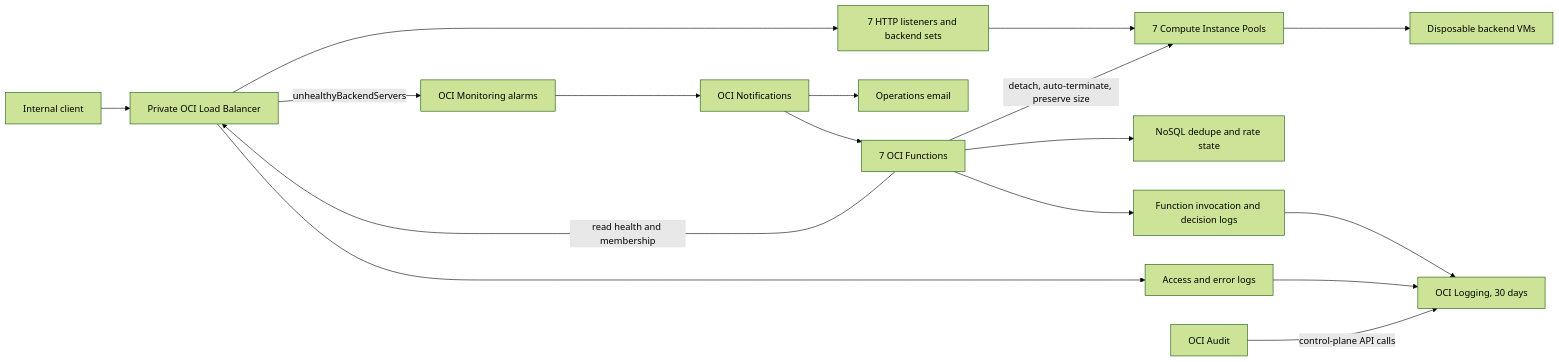
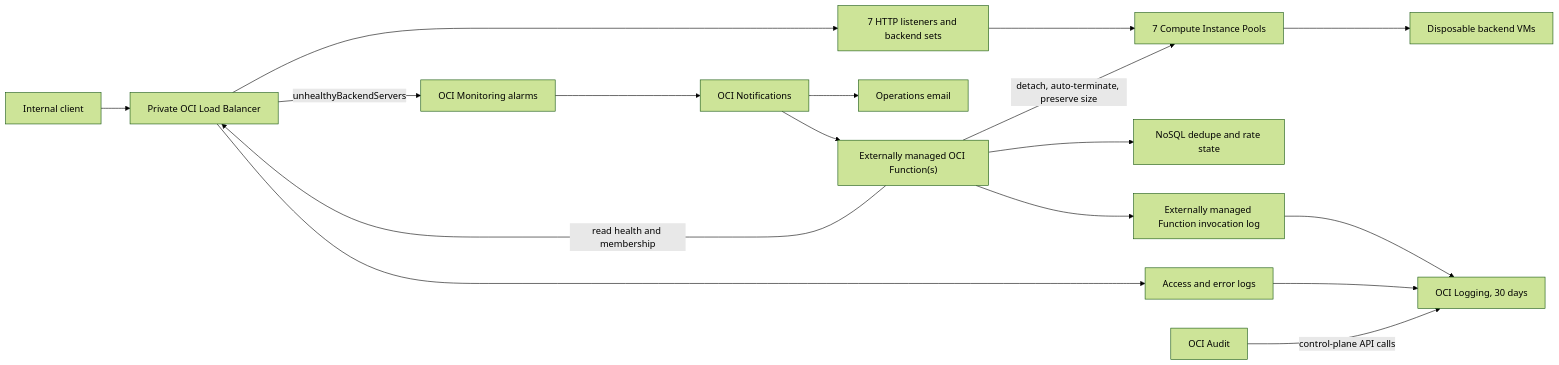
One commit to adibirzu/oci-instance-pool-self-healing changed the diagram in README.md. Above: the diagram before and after it, drawn with Mermaid (forest theme). The commit also changed other lines of this file and 6 other files, not shown here.

````diff
--- a/README.md
+++ b/README.md
@@ -33,19 +33,19 @@
 ```mermaid
 flowchart LR
   Client["Internal client"] --> LB["Private OCI Load Balancer"]
   LB --> BS["7 HTTP listeners and backend sets"]
   BS --> Pools["7 Compute Instance Pools"]
   Pools --> VM["Disposable backend VMs"]
   LB -->|"unhealthyBackendServers"| Mon["OCI Monitoring alarms"]
   Mon --> ONS["OCI Notifications"]
   ONS --> Email["Operations email"]
-  ONS --> Fn["7 OCI Functions"]
+  ONS --> Fn["Externally managed OCI Function(s)"]
   Fn -->|"read health and membership"| LB
   Fn -->|"detach, auto-terminate, preserve size"| Pools
   Fn --> State["NoSQL dedupe and rate state"]
-  Fn --> FLog["Function invocation and decision logs"]
+  Fn --> FLog["Externally managed Function invocation log"]
   LB --> LBLog["Access and error logs"]
   FLog --> Logging["OCI Logging, 30 days"]
   LBLog --> Logging
   Audit["OCI Audit"] -->|"control-plane API calls"| Logging
 ```
````
